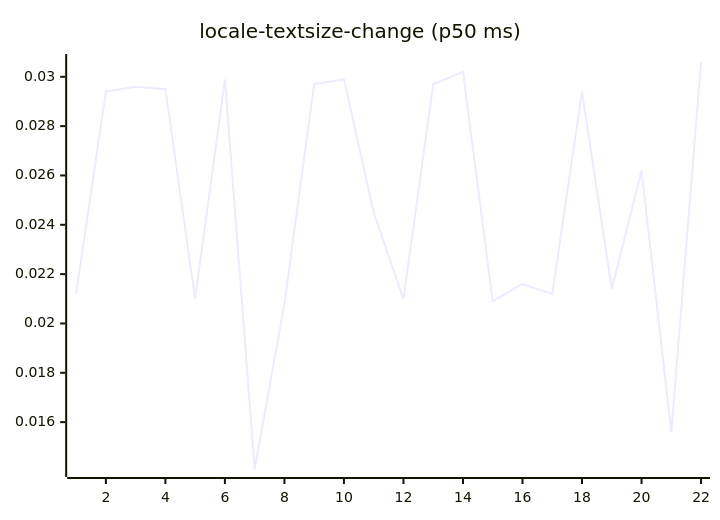
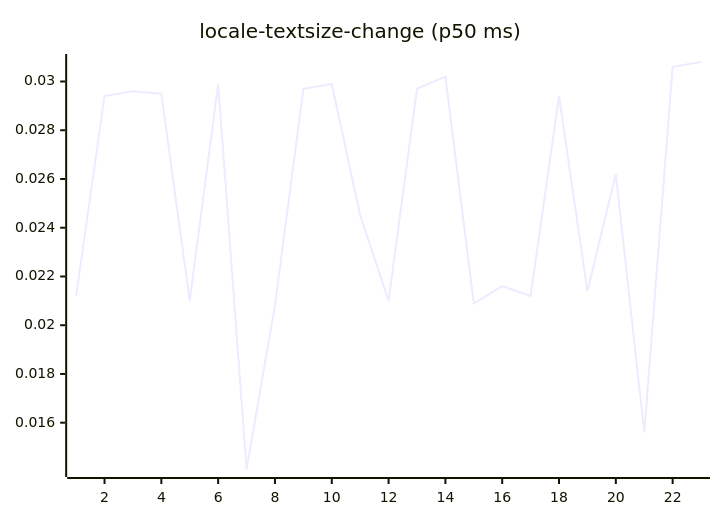
One commit to josha/Facet changed diagram 13 of 27 in README.md. Above: the diagram before and after it, drawn with Mermaid. The commit also changed other lines of this file and 2 other files, not shown here.

````diff
--- a/README.md
+++ b/README.md
@@ -147,6 +147,6 @@
 ```mermaid
 xychart-beta
     title "locale-textsize-change (p50 ms)"
-    x-axis 1 --> 22
-    line [0.0212, 0.0294, 0.0296, 0.0295, 0.0210, 0.0299, 0.0141, 0.0208, 0.0297, 0.0299, 0.0245, 0.0210, 0.0297, 0.0302, 0.0209, 0.0216, 0.0212, 0.0294, 0.0214, 0.0262, 0.0156, 0.0306]
+    x-axis 1 --> 23
+    line [0.0212, 0.0294, 0.0296, 0.0295, 0.0210, 0.0299, 0.0141, 0.0208, 0.0297, 0.0299, 0.0245, 0.0210, 0.0297, 0.0302, 0.0209, 0.0216, 0.0212, 0.0294, 0.0214, 0.0262, 0.0156, 0.0306, 0.0308]
 ```
````
